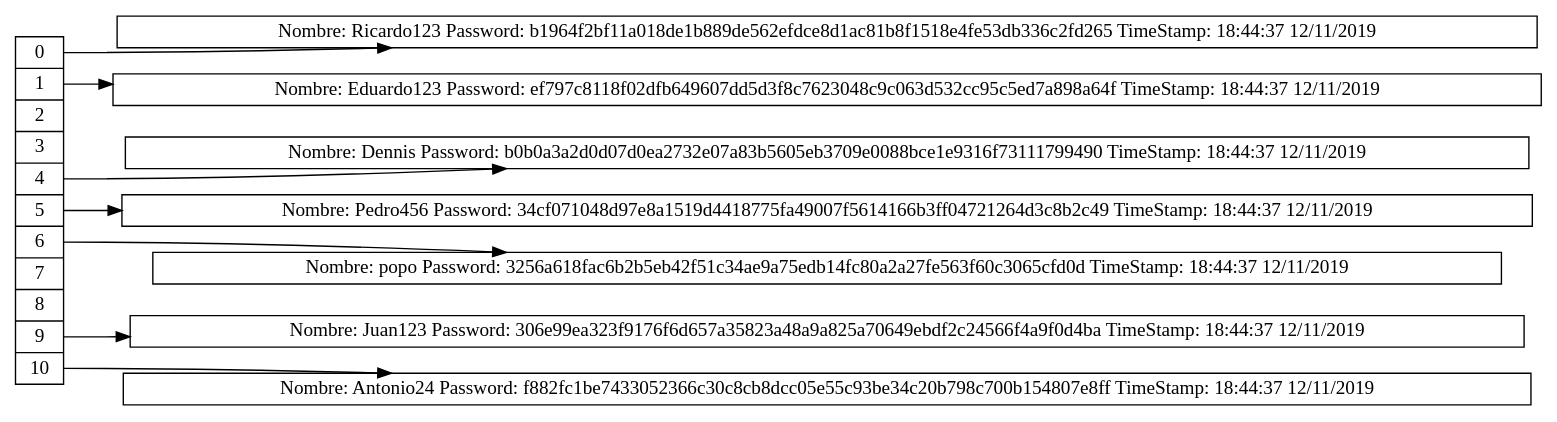
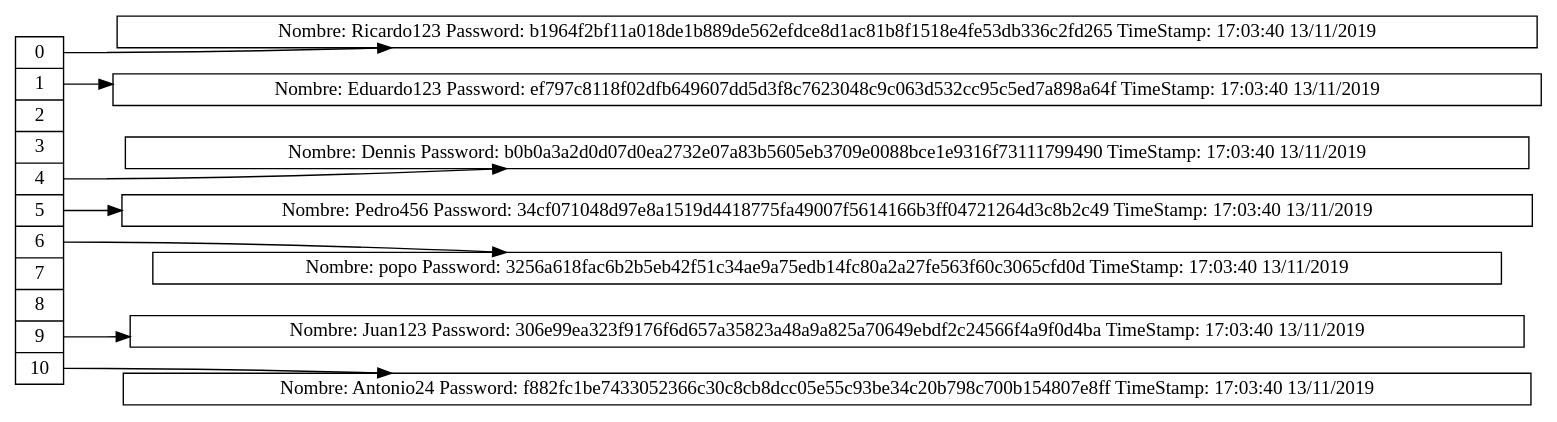
The diagram in Proyecto2/HashTable.dot (Eduardo01004/EDD_2S2019_PY2_201612124), drawn with Graphviz before and after one commit. The commit also changed 23 other files, not shown here.

```diff
--- a/Proyecto2/HashTable.dot
+++ b/Proyecto2/HashTable.dot
@@ -1,29 +1,29 @@
 digraph G{ rankdir=LR;
 node [shape= record, width=.1,height=.1];
 nodeTable [label = " 
 <f0> 0 | 
 <f1> 1 | 
 <f2> 2 | 
 <f3> 3 | 
 <f4> 4 | 
 <f5> 5 | 
 <f6> 6 | 
 <f7> 7 | 
 <f8> 8 | 
 <f9> 9 | 
 <f10> 10"];
-nodoRicardo123 [label= "Nombre: Ricardo123 Password: b1964f2bf11a018de1b889de562efdce8d1ac81b8f1518e4fe53db336c2fd265 TimeStamp: 18:44:37 12/11/2019"];
+nodoRicardo123 [label= "Nombre: Ricardo123 Password: b1964f2bf11a018de1b889de562efdce8d1ac81b8f1518e4fe53db336c2fd265 TimeStamp: 17:03:40 13/11/2019"];
 "nodeTable":f0 -> nodoRicardo123
-nodoEduardo123 [label= "Nombre: Eduardo123 Password: ef797c8118f02dfb649607dd5d3f8c7623048c9c063d532cc95c5ed7a898a64f TimeStamp: 18:44:37 12/11/2019"];
+nodoEduardo123 [label= "Nombre: Eduardo123 Password: ef797c8118f02dfb649607dd5d3f8c7623048c9c063d532cc95c5ed7a898a64f TimeStamp: 17:03:40 13/11/2019"];
 "nodeTable":f1 -> nodoEduardo123
-nodoDennis [label= "Nombre: Dennis Password: b0b0a3a2d0d07d0ea2732e07a83b5605eb3709e0088bce1e9316f73111799490 TimeStamp: 18:44:37 12/11/2019"];
+nodoDennis [label= "Nombre: Dennis Password: b0b0a3a2d0d07d0ea2732e07a83b5605eb3709e0088bce1e9316f73111799490 TimeStamp: 17:03:40 13/11/2019"];
 "nodeTable":f4 -> nodoDennis
-nodoPedro456 [label= "Nombre: Pedro456 Password: 34cf071048d97e8a1519d4418775fa49007f5614166b3ff04721264d3c8b2c49 TimeStamp: 18:44:37 12/11/2019"];
+nodoPedro456 [label= "Nombre: Pedro456 Password: 34cf071048d97e8a1519d4418775fa49007f5614166b3ff04721264d3c8b2c49 TimeStamp: 17:03:40 13/11/2019"];
 "nodeTable":f5 -> nodoPedro456
-nodopopo [label= "Nombre: popo Password: 3256a618fac6b2b5eb42f51c34ae9a75edb14fc80a2a27fe563f60c3065cfd0d TimeStamp: 18:44:37 12/11/2019"];
+nodopopo [label= "Nombre: popo Password: 3256a618fac6b2b5eb42f51c34ae9a75edb14fc80a2a27fe563f60c3065cfd0d TimeStamp: 17:03:40 13/11/2019"];
 "nodeTable":f6 -> nodopopo
-nodoJuan123 [label= "Nombre: Juan123 Password: 306e99ea323f9176f6d657a35823a48a9a825a70649ebdf2c24566f4a9f0d4ba TimeStamp: 18:44:37 12/11/2019"];
+nodoJuan123 [label= "Nombre: Juan123 Password: 306e99ea323f9176f6d657a35823a48a9a825a70649ebdf2c24566f4a9f0d4ba TimeStamp: 17:03:40 13/11/2019"];
 "nodeTable":f9 -> nodoJuan123
-nodoAntonio24 [label= "Nombre: Antonio24 Password: f882fc1be7433052366c30c8cb8dcc05e55c93be34c20b798c700b154807e8ff TimeStamp: 18:44:37 12/11/2019"];
+nodoAntonio24 [label= "Nombre: Antonio24 Password: f882fc1be7433052366c30c8cb8dcc05e55c93be34c20b798c700b154807e8ff TimeStamp: 17:03:40 13/11/2019"];
 "nodeTable":f10 -> nodoAntonio24
 }
```
